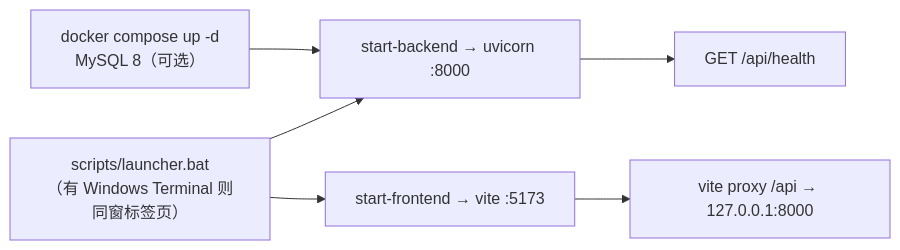
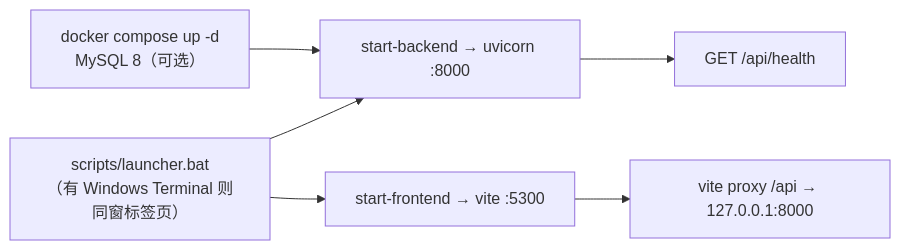
One commit to Ta321487/Gate changed the tenth of 10 diagrams in ARCHITECTURE.md. Above: the diagram before and after it, drawn with Mermaid. The commit also changed other lines of this file and 10 other files, not shown here.

Commit message:
文档：收口 §0 通识横切批次册，并同步开题地图与能力/域说明口径。

````diff
--- a/ARCHITECTURE.md
+++ b/ARCHITECTURE.md
@@ -463,8 +463,8 @@
 ```mermaid
 flowchart LR
     L["scripts/launcher.bat<br/>（有 Windows Terminal 则同窗标签页）"] --> B["start-backend → uvicorn :8000"]
-    L --> F["start-frontend → vite :5173"]
+    L --> F["start-frontend → vite :5300"]
     B --> H["GET /api/health"]
     F --> P["vite proxy /api → 127.0.0.1:8000"]
     D["docker compose up -d<br/>MySQL 8（可选）"] --> B
 ```
````
